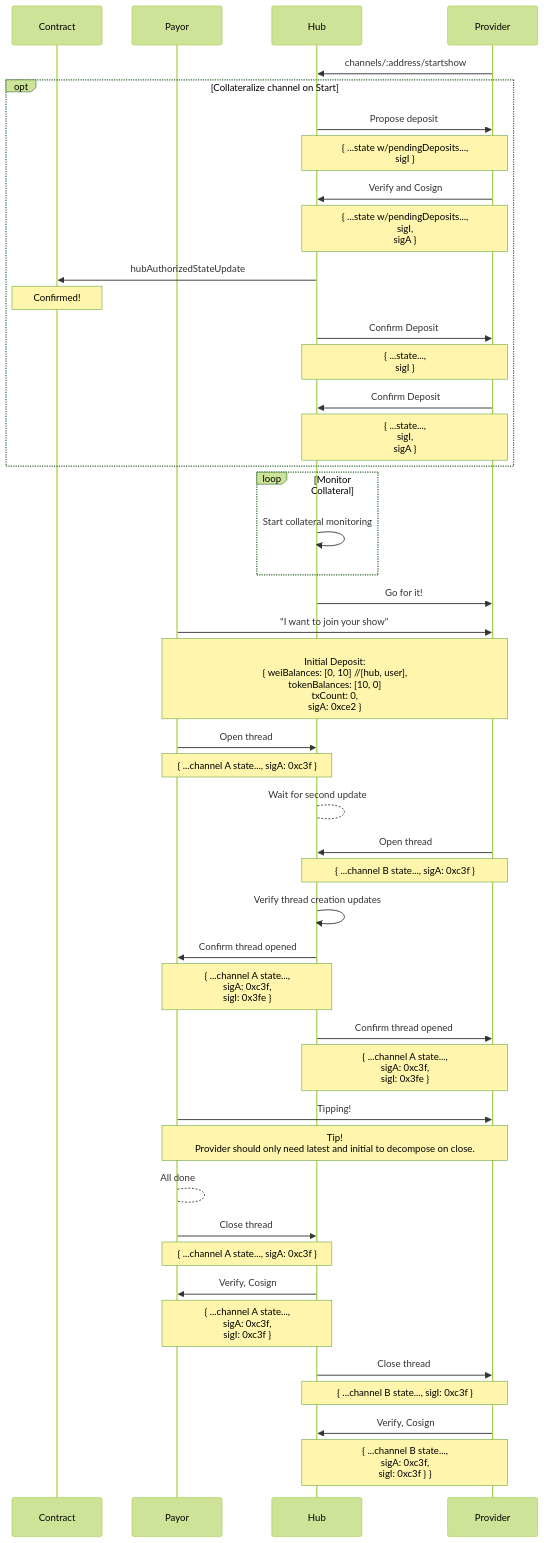
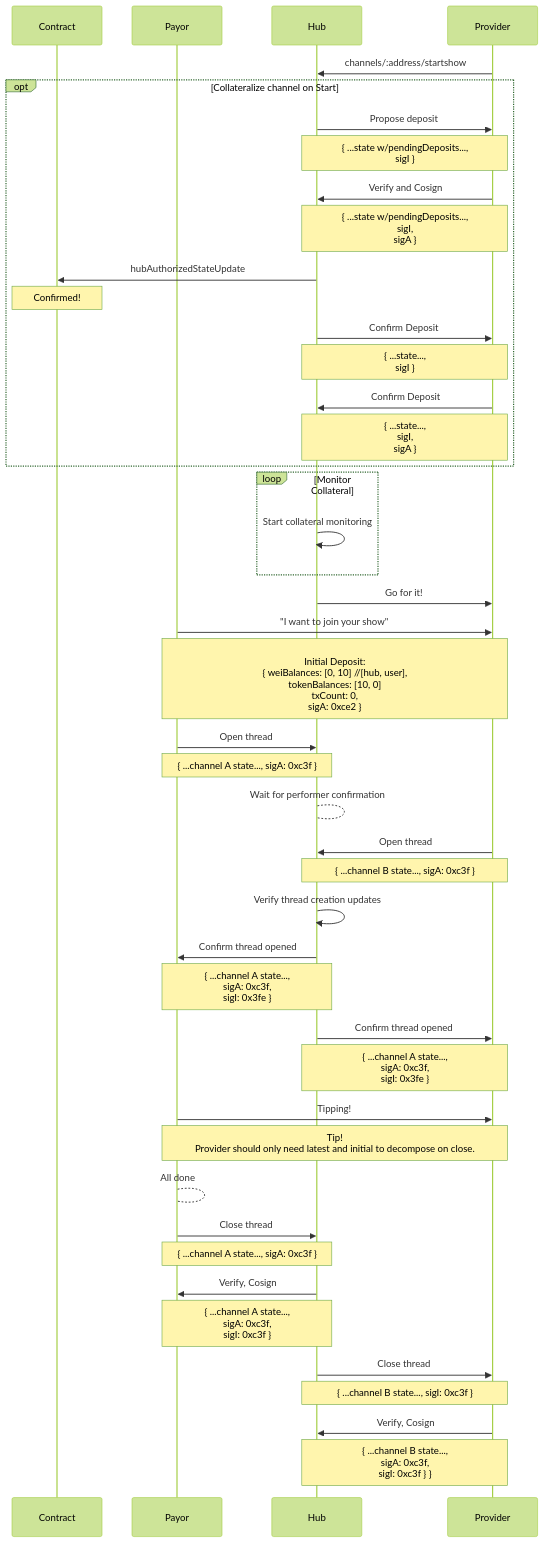
Before and after one commit to kyokan/contracts: the diagram in docs/diagrams/stream.mmd, drawn with Mermaid (forest theme).

```diff
--- a/docs/diagrams/stream.mmd
+++ b/docs/diagrams/stream.mmd
@@ -1,72 +1,72 @@
 sequenceDiagram
 
     # title Stream Show
 
     participant Contract
     participant Payor
     participant Hub
     participant Provider
 
     Provider->>Hub: channels/:address/startshow
 
     opt Collateralize channel on Start
         Hub->>Provider: Propose deposit
         Note over Hub,Provider: { ...state w/pendingDeposits..., <br> sigI }
 
         Provider->>Hub: Verify and Cosign
         Note over Hub,Provider: { ...state w/pendingDeposits..., <br> sigI, <br> sigA }
 
         Hub->>Contract: hubAuthorizedStateUpdate
         Note over Contract: Confirmed!
 
         Hub->>Provider: Confirm Deposit
         Note over Hub,Provider: { ...state..., <br> sigI }
 
         Provider->>Hub: Confirm Deposit
         Note over Hub,Provider: { ...state..., <br> sigI, <br> sigA }
 
     end
 
     loop Monitor Collateral
         Hub->>Hub: Start collateral monitoring
     end
     
     Hub->>Provider: Go for it!
 
     Payor->>Provider: "I want to join your show"
     Note over Payor,Provider: <br> Initial Deposit: <br> { weiBalances: [0, 10] //[hub, user], <br> tokenBalances: [10, 0] <br> txCount: 0,  <br> sigA: 0xce2 }
 
     Payor->>Hub: Open thread
     Note over Payor,Hub: { ...channel A state..., sigA: 0xc3f }
 
-    Hub-->Hub: Wait for second update
+    Hub-->Hub: Wait for performer confirmation
 
     Provider->>Hub: Open thread
     Note over Provider,Hub: { ...channel B state..., sigA: 0xc3f }
 
 
     Hub->>Hub: Verify thread creation updates
 
     Hub->>Payor: Confirm thread opened
     Note over Payor,Hub: { ...channel A state..., <br>sigA: 0xc3f, <br>sigI: 0x3fe }
 
     Hub->>Provider: Confirm thread opened
     Note over Provider,Hub: { ...channel A state..., <br>sigA: 0xc3f, <br>sigI: 0x3fe }
 
 
     Payor->>Provider: Tipping!
     Note over Payor,Provider: Tip! <br> Provider should only need latest and initial to decompose on close.
 
     Payor-->Payor: All done
 
     Payor->>Hub: Close thread
     Note over Payor,Hub: { ...channel A state..., sigA: 0xc3f }
 
     Hub->>Payor: Verify, Cosign
     Note over Payor,Hub: { ...channel A state..., <br>sigA: 0xc3f, <br>sigI: 0xc3f }
 
     Hub->>Provider: Close thread
     Note over Provider,Hub: { ...channel B state..., sigI: 0xc3f }
 
     Provider->>Hub: Verify, Cosign
     Note over Provider,Hub: { ...channel B state..., <br>sigA: 0xc3f, <br>sigI: 0xc3f } }
```
